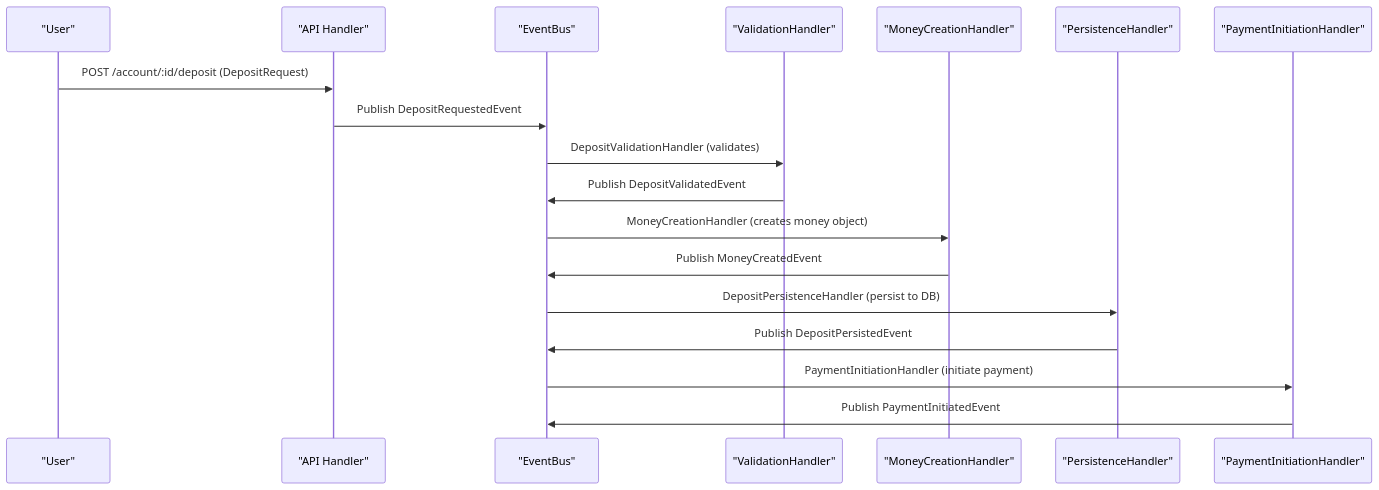
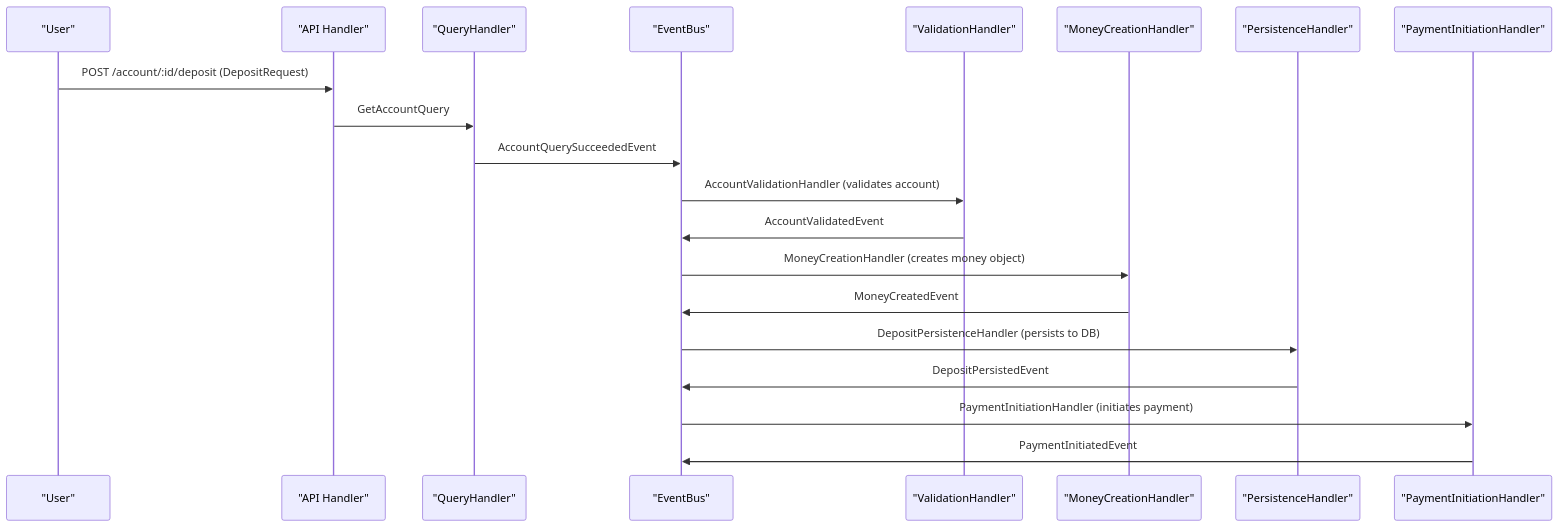
Before and after one commit to amirasaad/fintech: the diagram in docs/payments/event-driven-deposit-flow.md, drawn with Mermaid. The commit also changed other lines of this file and 5 other files, not shown here.

First line of the commit message:
feat(account): implement account query handling and validation events

````diff
--- a/docs/payments/event-driven-deposit-flow.md
+++ b/docs/payments/event-driven-deposit-flow.md
@@ -15,21 +15,23 @@
 ```mermaid
 sequenceDiagram
     participant U as "User"
     participant API as "API Handler"
+    participant QH as "QueryHandler"
     participant EB as "EventBus"
-    participant V as "ValidationHandler"
+    participant VH as "ValidationHandler"
     participant MC as "MoneyCreationHandler"
     participant P as "PersistenceHandler"
     participant PP as "PaymentInitiationHandler"
 
     U->>API: POST /account/:id/deposit (DepositRequest)
-    API->>EB: Publish DepositRequestedEvent
-    EB->>V: DepositValidationHandler (validates)
-    V->>EB: Publish DepositValidatedEvent
+    API->>QH: GetAccountQuery
+    QH->>EB: AccountQuerySucceededEvent
+    EB->>VH: AccountValidationHandler (validates account)
+    VH->>EB: AccountValidatedEvent
     EB->>MC: MoneyCreationHandler (creates money object)
-    MC->>EB: Publish MoneyCreatedEvent
-    EB->>P: DepositPersistenceHandler (persist to DB)
-    P->>EB: Publish DepositPersistedEvent
-    EB->>PP: PaymentInitiationHandler (initiate payment)
-    PP->>EB: Publish PaymentInitiatedEvent
+    MC->>EB: MoneyCreatedEvent
+    EB->>P: DepositPersistenceHandler (persists to DB)
+    P->>EB: DepositPersistedEvent
+    EB->>PP: PaymentInitiationHandler (initiates payment)
+    PP->>EB: PaymentInitiatedEvent
 ```
````
